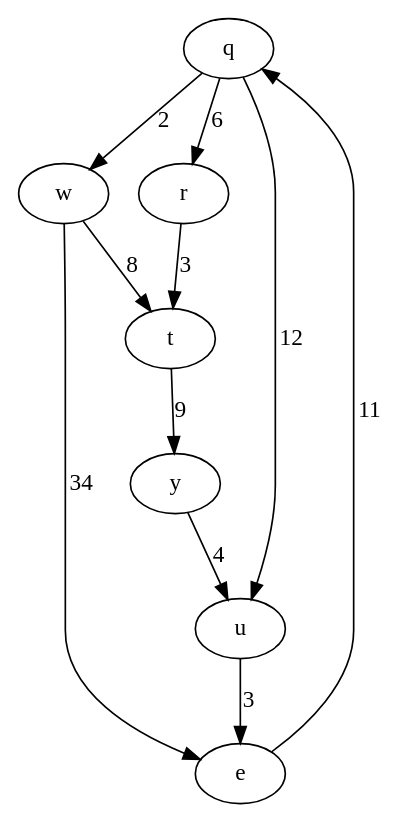
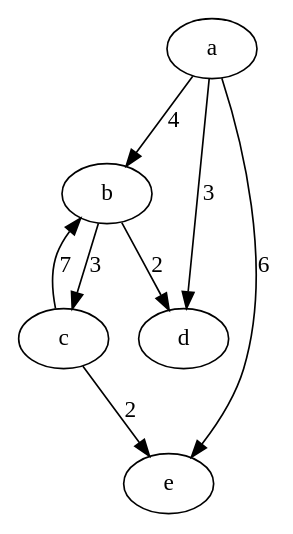
The diagram in TeoriaDosGrafos/src/os/dot/fileS.dot (alexandrepsjf/Grafos), drawn with Graphviz before and after one commit. The commit also changed 5 other files, not shown here.

```diff
--- a/TeoriaDosGrafos/src/os/dot/fileS.dot
+++ b/TeoriaDosGrafos/src/os/dot/fileS.dot
@@ -1,11 +1,8 @@
-digraph G {q -> w[label=2];
-w -> e[label=34];
-q -> r[label=6];
-r -> t[label=3];
-t -> y[label=9];
-y -> u[label=4];
-q -> u[label=12];
-u -> e[label=3];
-e -> q[label=11];
-w -> t[label=8];
+digraph G {a -> b[label=4];
+a -> d[label=3];
+a -> e[label=6];
+c -> e[label=2];
+c -> b[label=7];
+b -> d[label=2];
+b -> c[label=3];
 }
```
